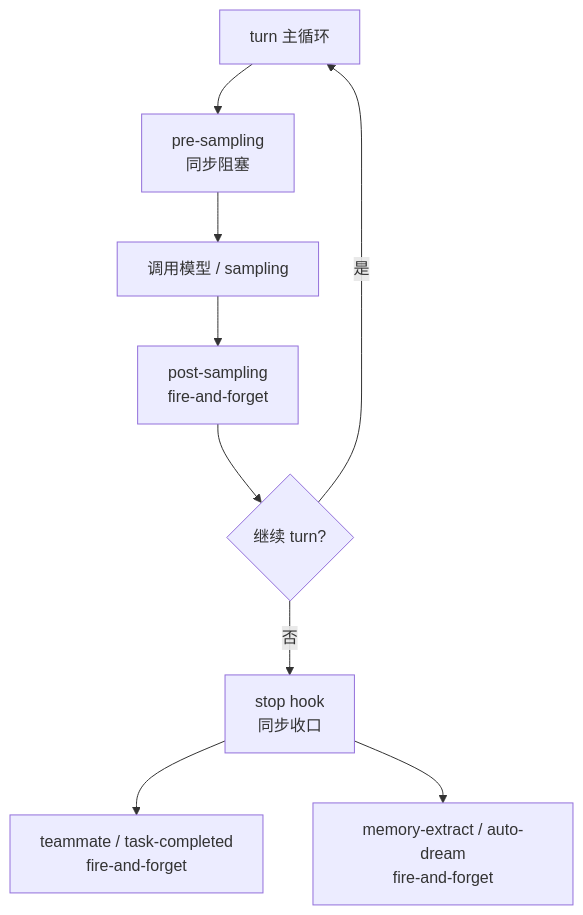
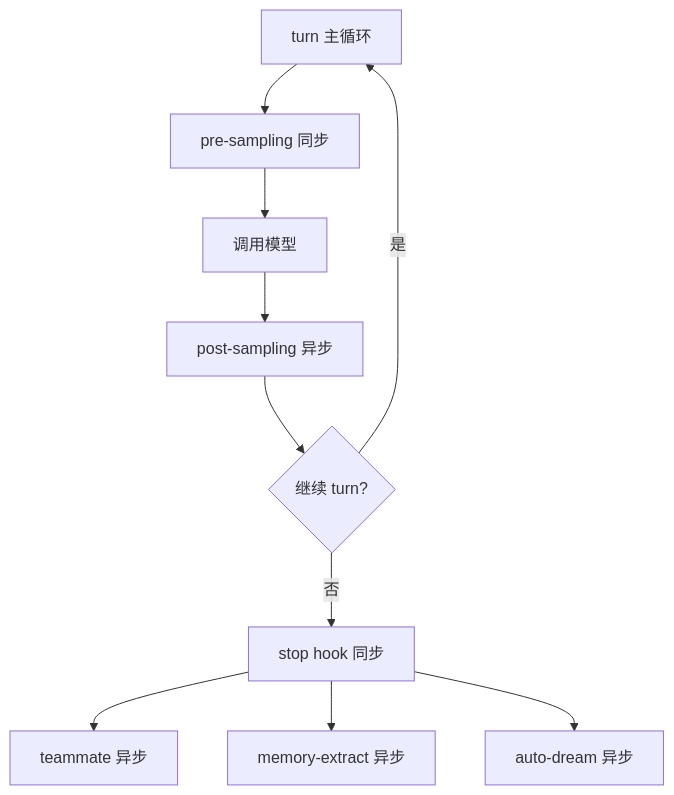
The diagram in claude-code-architecture/15-hooks-and-side-channels-deep-dive.md (betaHi/betaHi.github.io), drawn with Mermaid before and after one commit. The commit also changed 12 other files, not shown here.

First line of the commit message:
Prevent mermaid clipping by shortening dense node labels

````diff
--- a/claude-code-architecture/15-hooks-and-side-channels-deep-dive.md
+++ b/claude-code-architecture/15-hooks-and-side-channels-deep-dive.md
@@ -21,11 +21,12 @@
 ```mermaid
 flowchart TD
-  A[turn 主循环] --> B[pre-sampling<br/>同步阻塞]
-  B --> C[调用模型 / sampling]
-  C --> D[post-sampling<br/>fire-and-forget]
+  A[turn 主循环] --> B[pre-sampling 同步]
+  B --> C[调用模型]
+  C --> D[post-sampling 异步]
   D --> E{继续 turn?}
   E -- 是 --> A
-  E -- 否 --> F[stop hook<br/>同步收口]
-  F --> G[teammate / task-completed<br/>fire-and-forget]
-  F --> H[memory-extract / auto-dream<br/>fire-and-forget]
+  E -- 否 --> F[stop hook 同步]
+  F --> G[teammate 异步]
+  F --> H[memory-extract 异步]
+  F --> I[auto-dream 异步]
 ```
````
